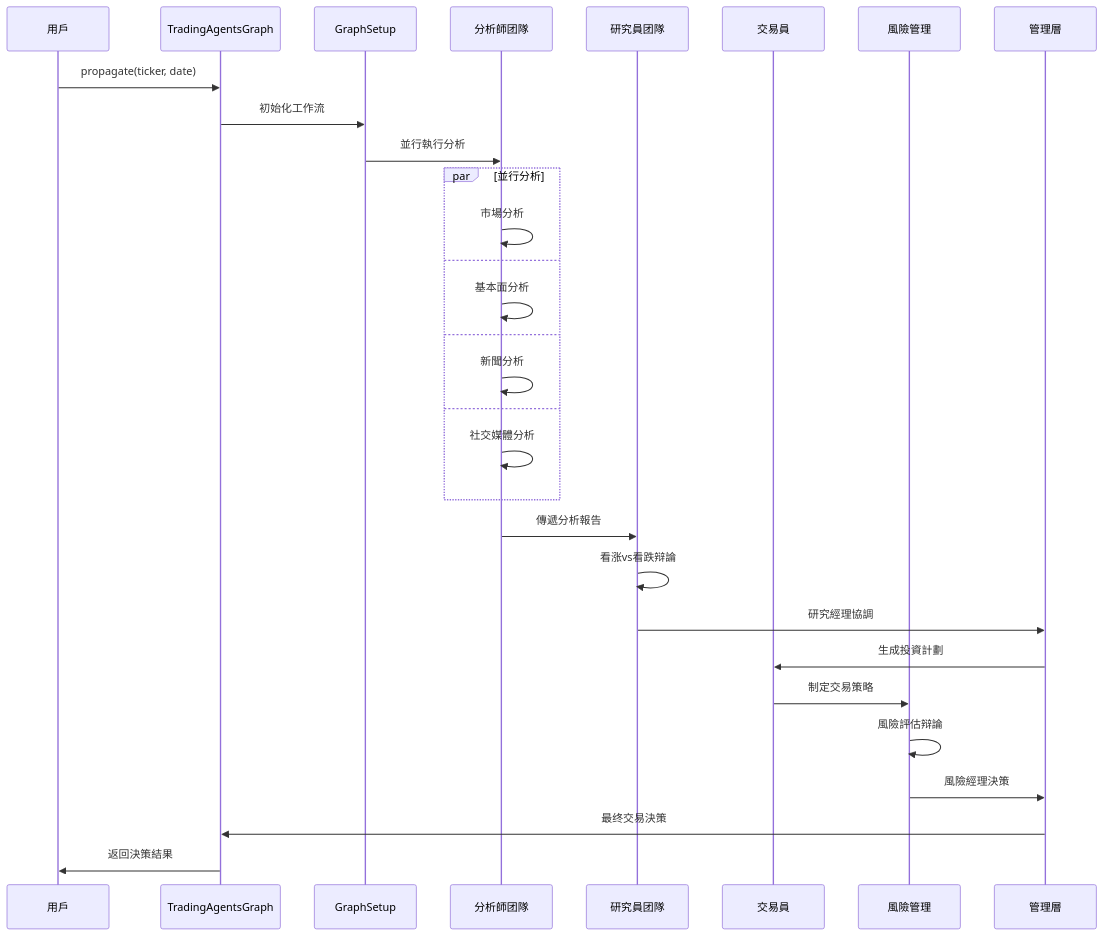
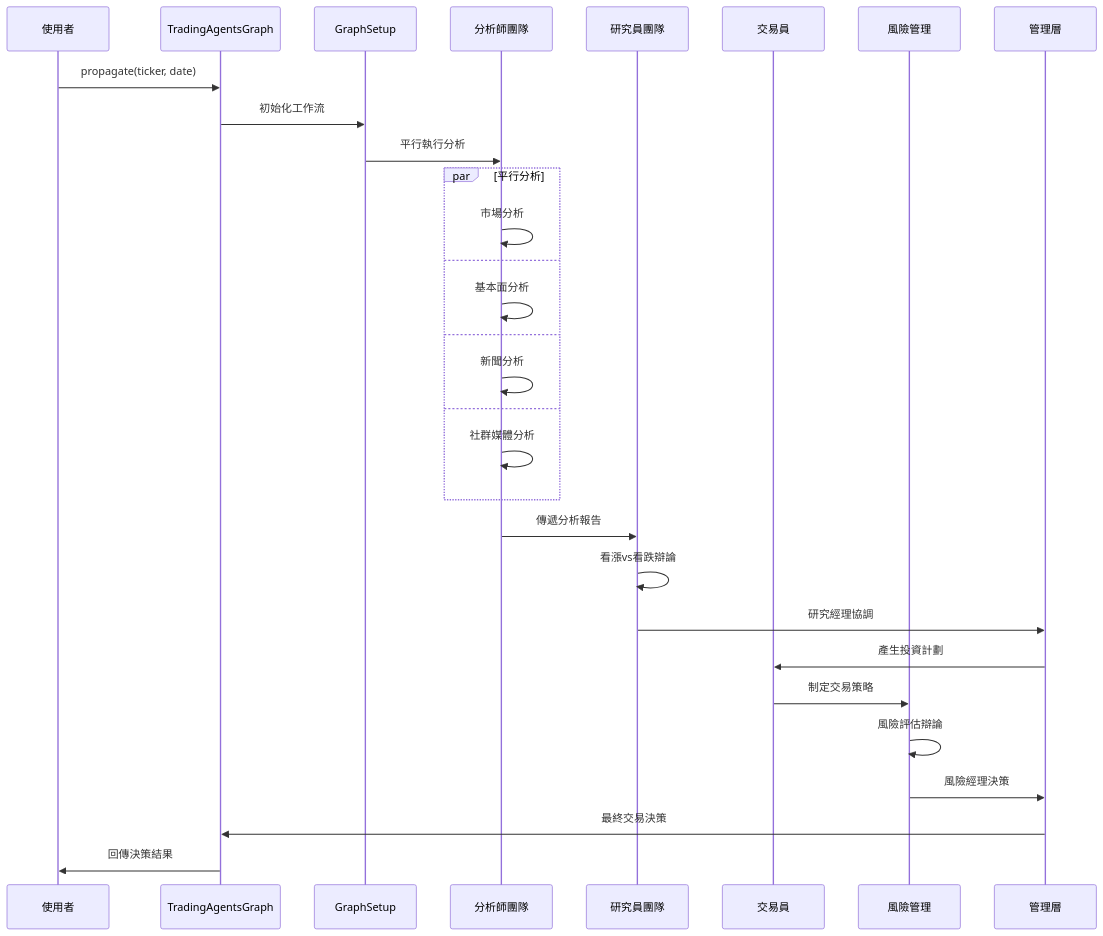
Before and after one commit to aiinpocket/TradingAgents-CN: the second of 2 diagrams in docs/architecture/v0.1.13/system-architecture.md, drawn with Mermaid. The commit also changed other lines of this file and 277 other files, not shown here.

````diff
--- a/docs/architecture/v0.1.13/system-architecture.md
+++ b/docs/architecture/v0.1.13/system-architecture.md
@@ -600,35 +341,35 @@
 ```mermaid
 sequenceDiagram
-    participant User as 用戶
+    participant User as 使用者
     participant Graph as TradingAgentsGraph
     participant Setup as GraphSetup
-    participant Analysts as 分析師团隊
-    participant Researchers as 研究員团隊
+    participant Analysts as 分析師團隊
+    participant Researchers as 研究員團隊
     participant Trader as 交易員
     participant RiskMgmt as 風險管理
     participant Managers as 管理層
-    
+
     User->>Graph: propagate(ticker, date)
     Graph->>Setup: 初始化工作流
-    Setup->>Analysts: 並行執行分析
-    
-    par 並行分析
+    Setup->>Analysts: 平行執行分析
+
+    par 平行分析
         Analysts->>Analysts: 市場分析
     and
         Analysts->>Analysts: 基本面分析
     and
         Analysts->>Analysts: 新聞分析
     and
-        Analysts->>Analysts: 社交媒體分析
+        Analysts->>Analysts: 社群媒體分析
     end
-    
+
     Analysts->>Researchers: 傳遞分析報告
-    Researchers->>Researchers: 看涨vs看跌辩論
+    Researchers->>Researchers: 看漲vs看跌辯論
     Researchers->>Managers: 研究經理協調
-    Managers->>Trader: 生成投資計劃
+    Managers->>Trader: 產生投資計劃
     Trader->>RiskMgmt: 制定交易策略
-    RiskMgmt->>RiskMgmt: 風險評估辩論
+    RiskMgmt->>RiskMgmt: 風險評估辯論
     RiskMgmt->>Managers: 風險經理決策
-    Managers->>Graph: 最终交易決策
-    Graph->>User: 返回決策結果
+    Managers->>Graph: 最終交易決策
+    Graph->>User: 回傳決策結果
 ```
````
